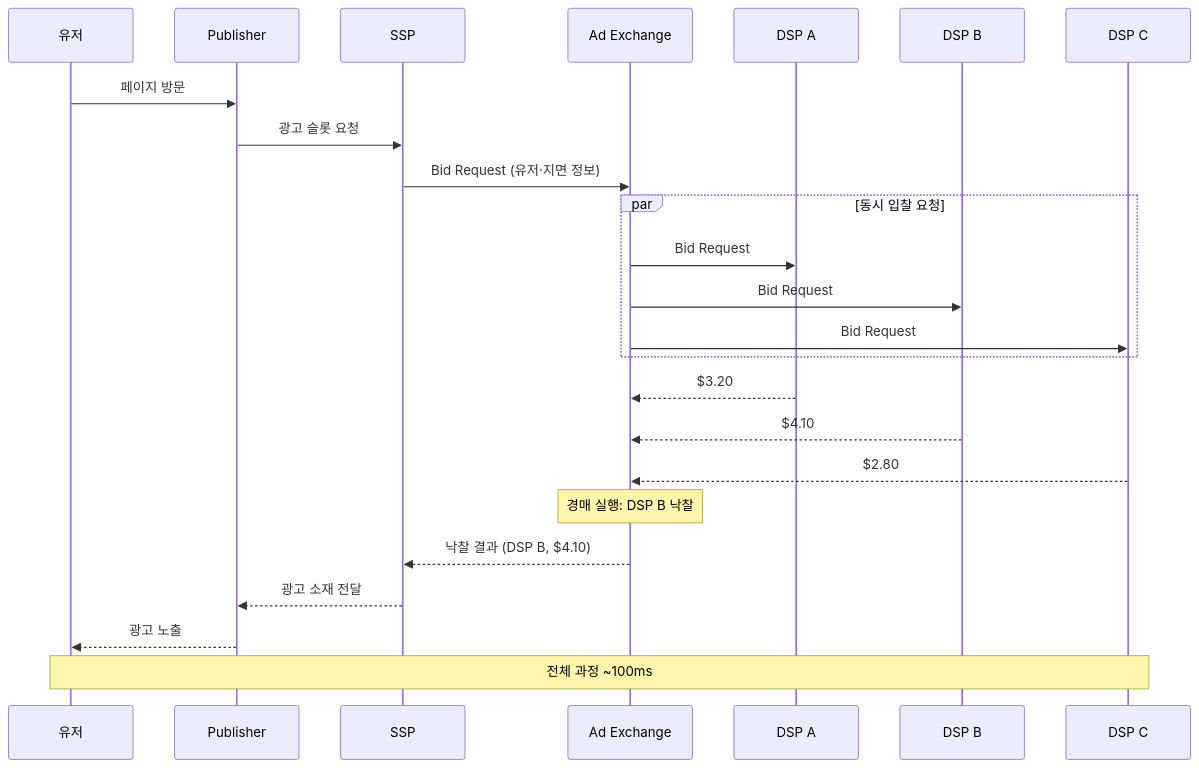
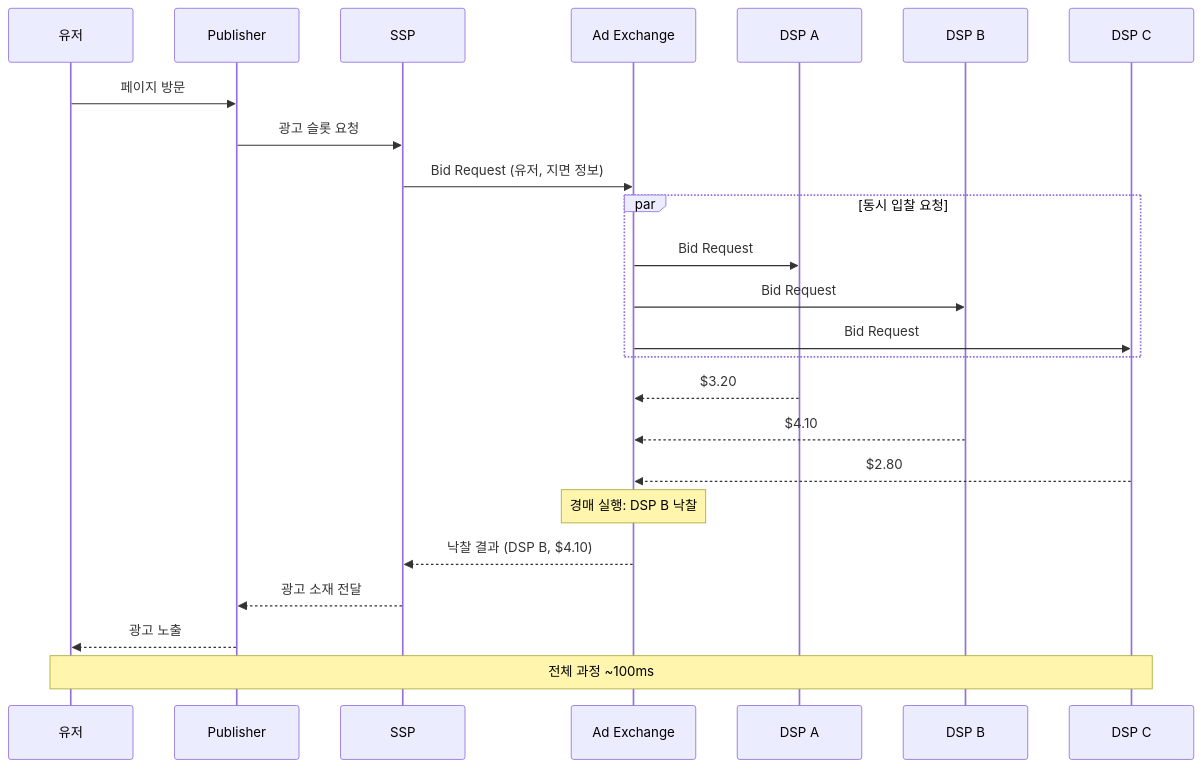
The third of 8 diagrams in posts/ad-network-vs-exchange.md (chkimsu/adtech-blog), drawn with Mermaid before and after one commit. The commit also changed other lines of this file and 25 other files, not shown here.

````diff
--- a/posts/ad-network-vs-exchange.md
+++ b/posts/ad-network-vs-exchange.md
@@ -253,32 +253,32 @@
 ```mermaid
 sequenceDiagram
     participant User as 유저
     participant Pub as Publisher
     participant SSP as SSP
     participant Exchange as Ad Exchange
     participant DSP1 as DSP A
     participant DSP2 as DSP B
     participant DSP3 as DSP C
 
     User->>Pub: 페이지 방문
     Pub->>SSP: 광고 슬롯 요청
-    SSP->>Exchange: Bid Request (유저·지면 정보)
+    SSP->>Exchange: Bid Request (유저, 지면 정보)
 
     par 동시 입찰 요청
         Exchange->>DSP1: Bid Request
         Exchange->>DSP2: Bid Request
         Exchange->>DSP3: Bid Request
     end
 
     DSP1-->>Exchange: $3.20
     DSP2-->>Exchange: $4.10
     DSP3-->>Exchange: $2.80
 
     Note over Exchange: 경매 실행: DSP B 낙찰
 
     Exchange-->>SSP: 낙찰 결과 (DSP B, $4.10)
     SSP-->>Pub: 광고 소재 전달
     Pub-->>User: 광고 노출
 
     Note over User,DSP3: 전체 과정 ~100ms
 ```
````
